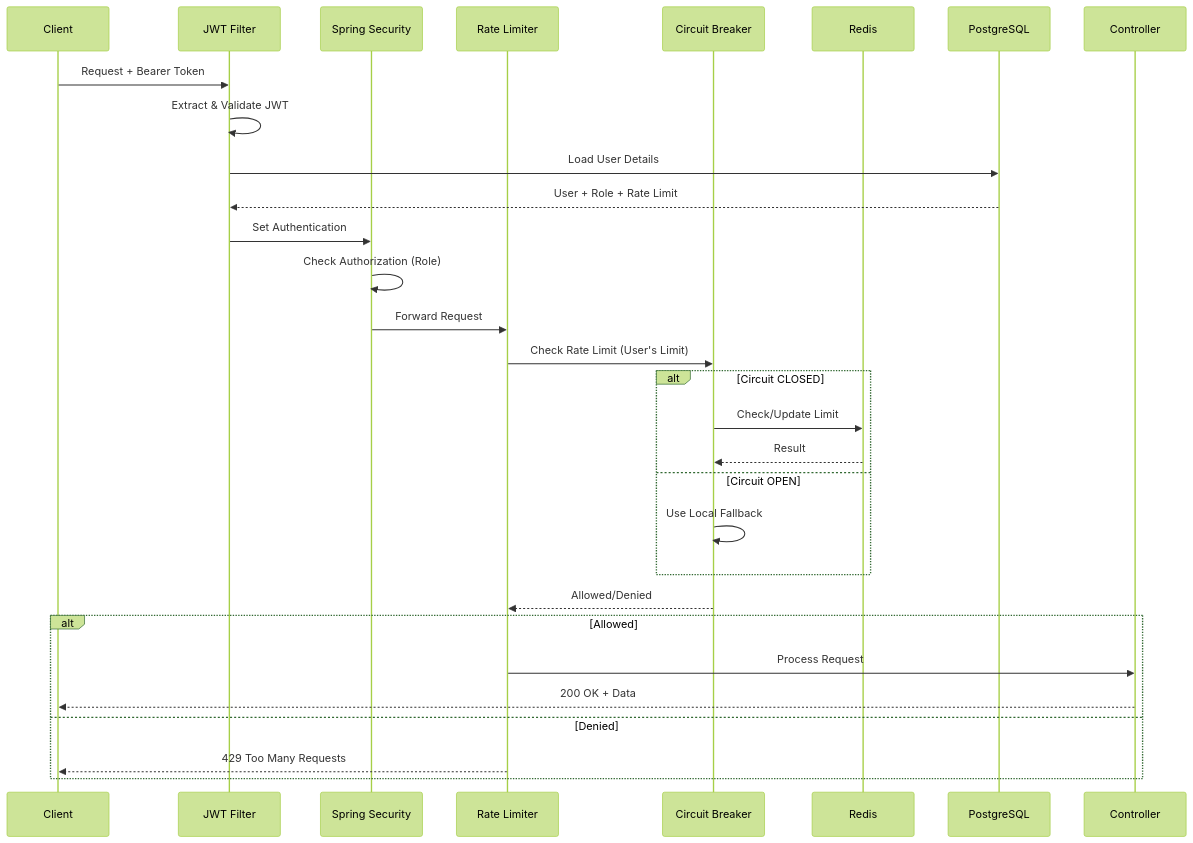
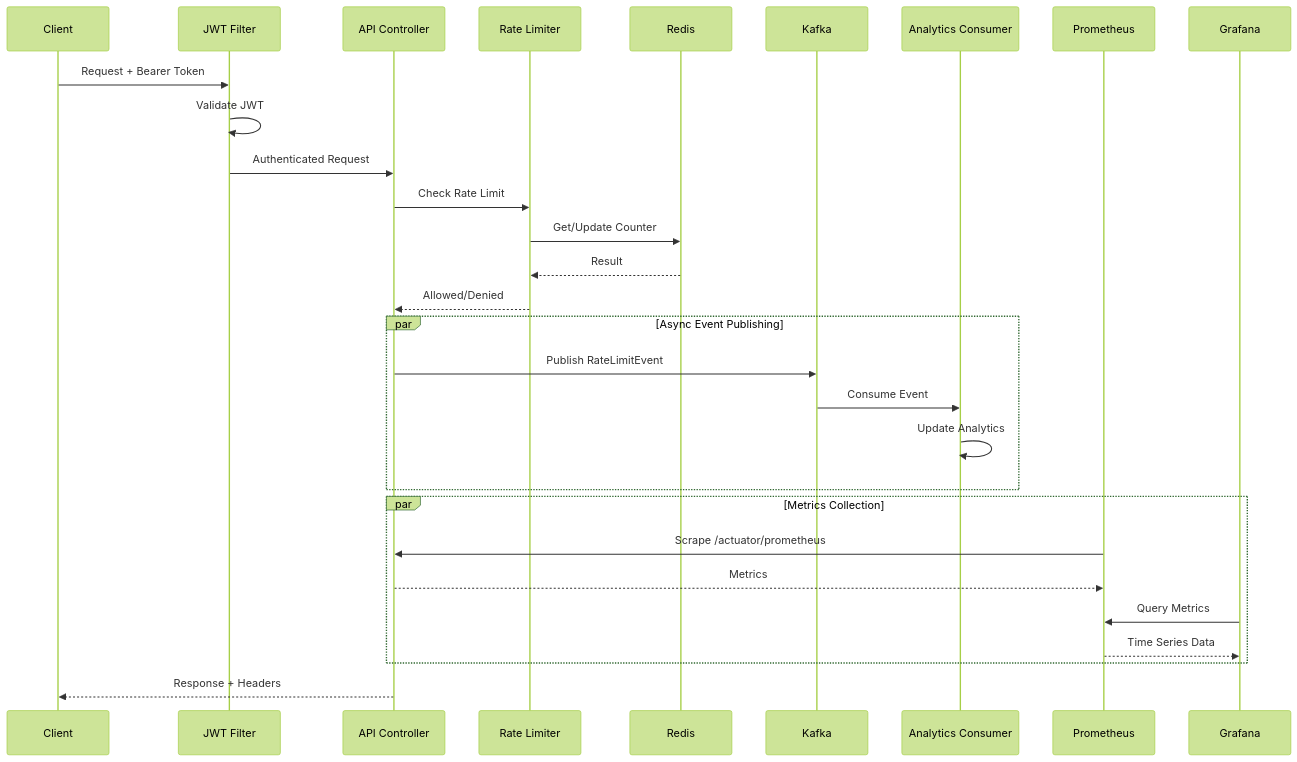
The second of 3 diagrams in README.md (Rugved-142/RatelimitX), drawn with Mermaid (forest theme) before and after one commit. The commit also changed other lines of this file, not shown here.

````diff
--- a/README.md
+++ b/README.md
@@ -155,36 +339,35 @@
 ```mermaid
 sequenceDiagram
     participant C as Client
     participant J as JWT Filter
-    participant S as Spring Security
-    participant R as Rate Limiter
-    participant CB as Circuit Breaker
+    participant API as API Controller
+    participant RL as Rate Limiter
     participant Redis
-    participant PG as PostgreSQL
-    participant API as Controller
+    participant K as Kafka
+    participant AC as Analytics Consumer
+    participant P as Prometheus
+    participant G as Grafana
 
     C->>J: Request + Bearer Token
-    J->>J: Extract & Validate JWT
-    J->>PG: Load User Details
-    PG-->>J: User + Role + Rate Limit
-    J->>S: Set Authentication
-    S->>S: Check Authorization (Role)
-    S->>R: Forward Request
-    R->>CB: Check Rate Limit (User's Limit)
+    J->>J: Validate JWT
+    J->>API: Authenticated Request
+    API->>RL: Check Rate Limit
+    RL->>Redis: Get/Update Counter
+    Redis-->>RL: Result
+    RL-->>API: Allowed/Denied
     
-    alt Circuit CLOSED
-        CB->>Redis: Check/Update Limit
-        Redis-->>CB: Result
-    else Circuit OPEN
-        CB->>CB: Use Local Fallback
+    par Async Event Publishing
+        API->>K: Publish RateLimitEvent
+        K->>AC: Consume Event
+        AC->>AC: Update Analytics
     end
     
-    CB-->>R: Allowed/Denied
+    par Metrics Collection
+        P->>API: Scrape /actuator/prometheus
+        API-->>P: Metrics
+        G->>P: Query Metrics
+        P-->>G: Time Series Data
+    end
     
-    alt Allowed
-        R->>API: Process Request
-        API-->>C: 200 OK + Data
-    else Denied
-        R-->>C: 429 Too Many Requests
-    end
+    API-->>C: Response + Headers
 ```
````
